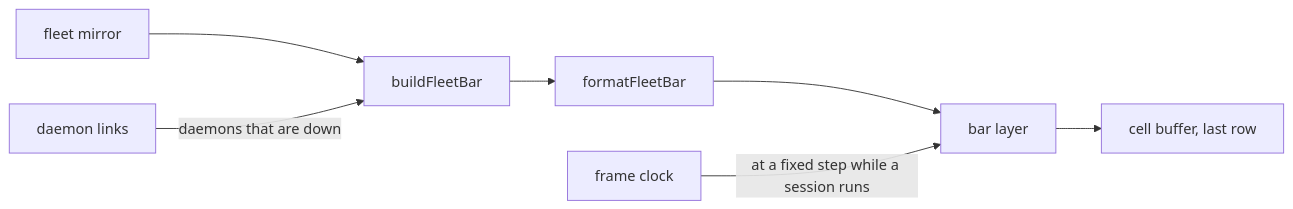
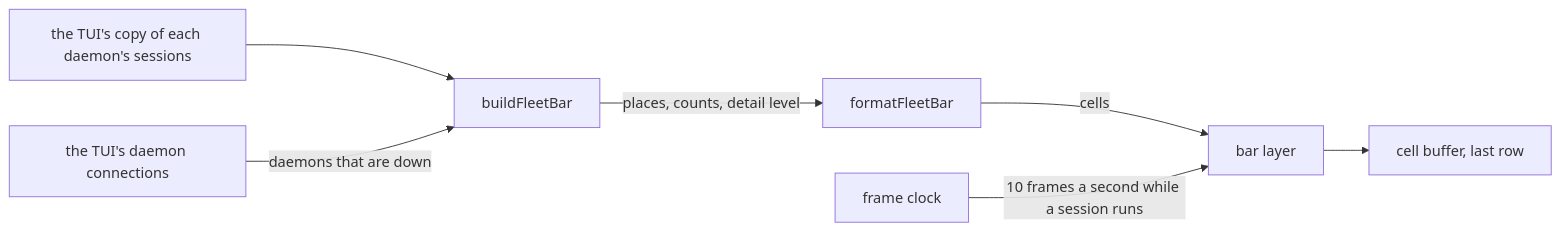
One commit to zgeoff/atc changed the diagram in docs/architecture/tui/fleet-bar.md. Above: the diagram before and after it, drawn with Mermaid. The commit also changed other lines of this file and 4 other files, not shown here.

Commit message:
docs(tui): rewrite the compositor and fleet bar docs for a cold reader

````diff
--- a/docs/architecture/tui/fleet-bar.md
+++ b/docs/architecture/tui/fleet-bar.md
@@ -15,9 +21,9 @@
 ```mermaid
 flowchart LR
-  mirror[fleet mirror] --> build[buildFleetBar]
-  links[daemon links] -->|"daemons that are down"| build
-  build --> format[formatFleetBar]
-  format --> layer[bar layer]
-  clock[frame clock] -->|"at a fixed step while a session runs"| layer
-  layer --> buffer[cell buffer, last row]
+  mirror["the TUI's copy of each daemon's sessions"] --> build[buildFleetBar]
+  links["the TUI's daemon connections"] -->|"daemons that are down"| build
+  build -->|"places, counts, detail level"| format[formatFleetBar]
+  format -->|"cells"| layer[bar layer]
+  clock[frame clock] -->|"10 frames a second while a session runs"| layer
+  layer --> buffer["cell buffer, last row"]
 ```
````
